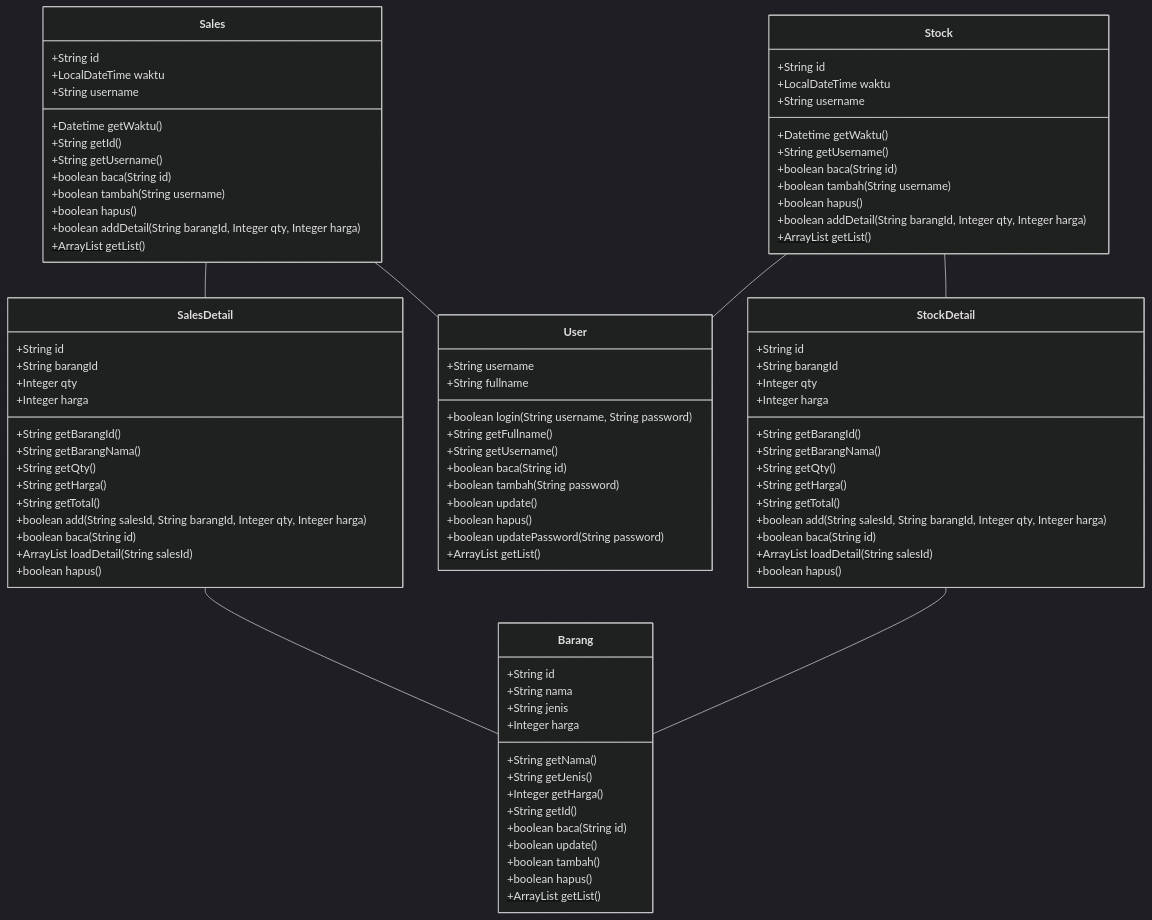
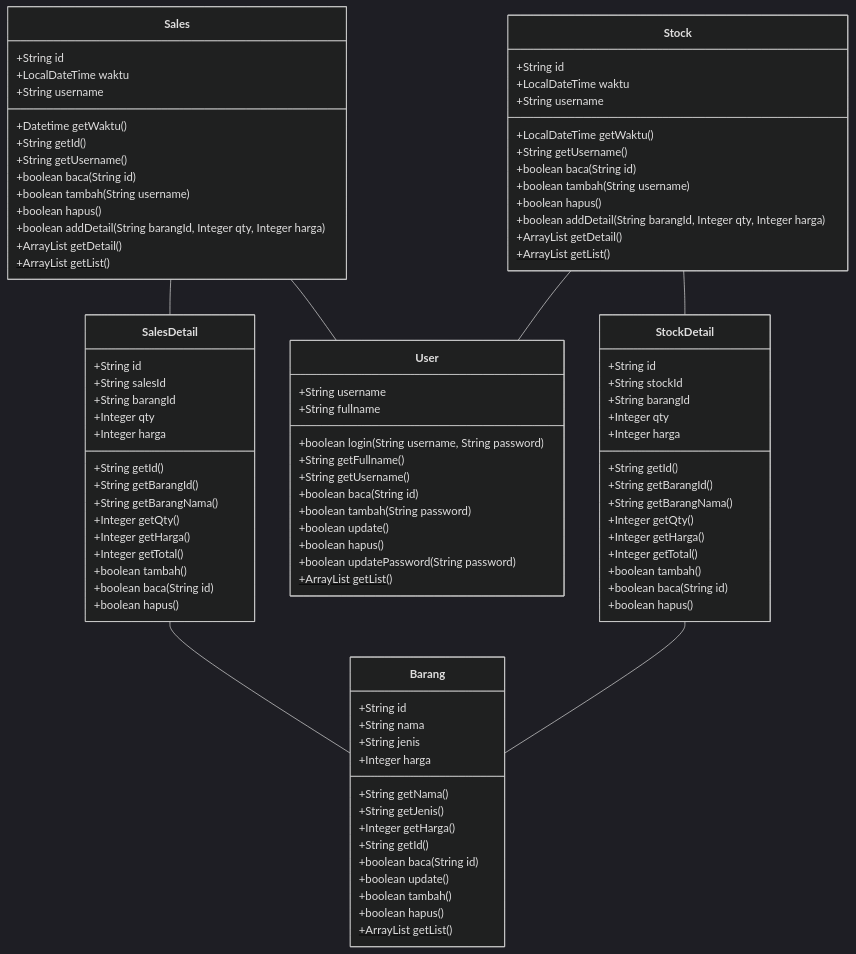
Before and after one commit to ruang-belajar/java-ee: the diagram in latihan/project-1.md, drawn with Mermaid (dark theme). The commit also changed 1 other file, not shown here.

```diff
--- a/latihan/project-1.md
+++ b/latihan/project-1.md
@@ -57,21 +57,23 @@
             +boolean tambah(String username)
             +boolean hapus()
             +boolean addDetail(String barangId, Integer qty, Integer harga)
-            +ArrayList<SalesDetail> getList()$
+            +ArrayList<SalesDetail> getDetail()
+            +ArrayList<Sales> getList()$
         }
         class SalesDetail {
             +String id
+            +String salesId
             +String barangId
             +Integer qty
             +Integer harga
+            +String getId()
             +String getBarangId()
             +String getBarangNama()
-            +String getQty()
-            +String getHarga()
-            +String getTotal()
-            +boolean add(String salesId, String barangId, Integer qty, Integer harga)
+            +Integer getQty()
+            +Integer getHarga()
+            +Integer getTotal()
+            +boolean tambah()
             +boolean baca(String id)
-            +ArrayList<SalesDetail> loadDetail(String salesId)
             +boolean hapus()
         }
         class Barang {
@@ -93,27 +95,29 @@
             +String id
             +LocalDateTime waktu
             +String username
-            +Datetime getWaktu()
+            +LocalDateTime getWaktu()
             +String getUsername()
             +boolean baca(String id)
             +boolean tambah(String username)
             +boolean hapus()
             +boolean addDetail(String barangId, Integer qty, Integer harga)
-            +ArrayList<SalesDetail> getList()$
+            +ArrayList<StockDetail> getDetail()
+            +ArrayList<Stock> getList()$
         }
         class StockDetail {
             +String id
+            +String stockId
             +String barangId
             +Integer qty
             +Integer harga
+            +String getId()
             +String getBarangId()
             +String getBarangNama()
-            +String getQty()
-            +String getHarga()
-            +String getTotal()
-            +boolean add(String salesId, String barangId, Integer qty, Integer harga)
+            +Integer getQty()
+            +Integer getHarga()
+            +Integer getTotal()
+            +boolean tambah()
             +boolean baca(String id)
-            +ArrayList<SalesDetail> loadDetail(String salesId)$
             +boolean hapus()
         }
 
```
